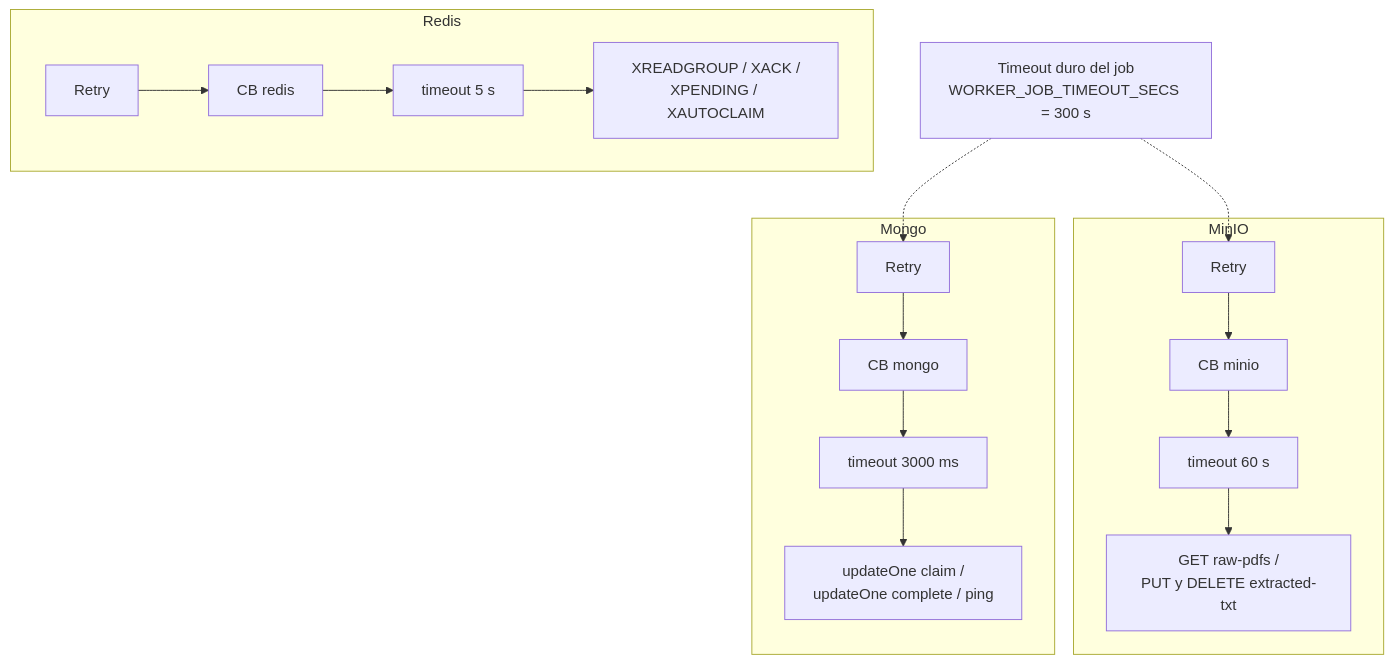
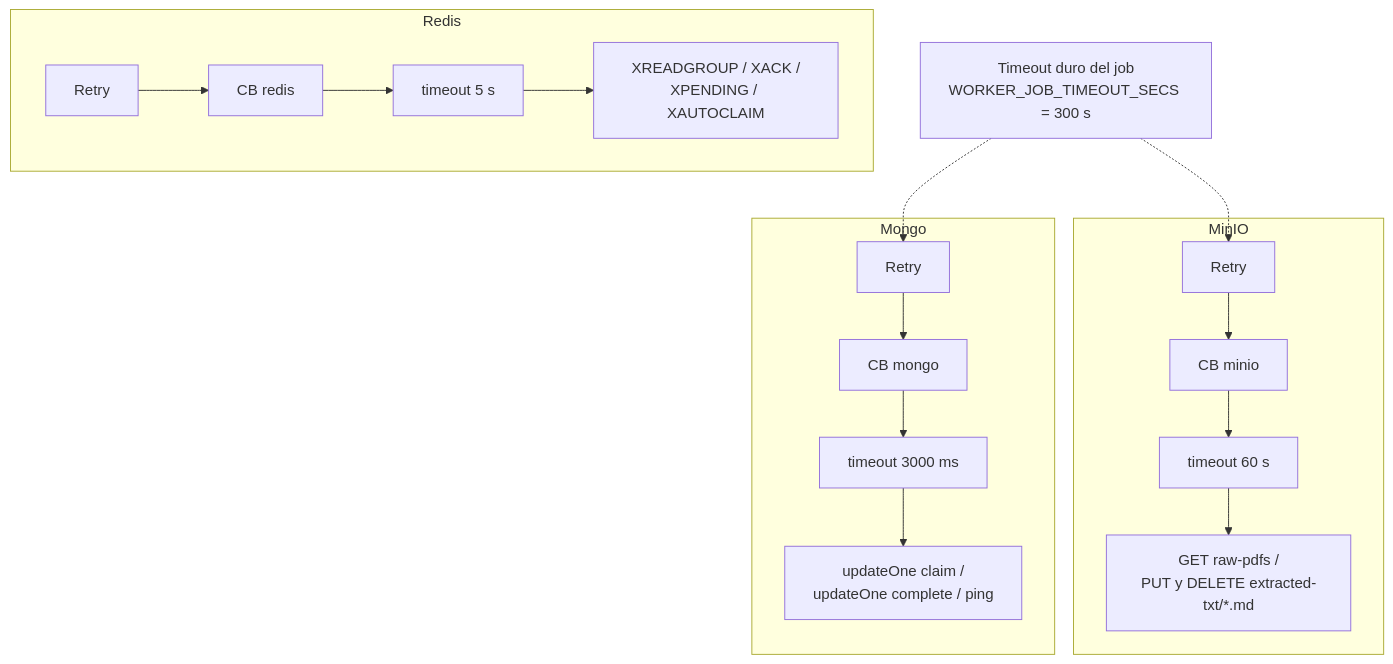
Before and after one commit to Alejo-Basile/extraction-worker: the second of 2 diagrams in docs/adr/ADR-0007-composicion-resiliencia.md, drawn with Mermaid. The commit also changed other lines of this file and 15 other files, not shown here.

````diff
--- a/docs/adr/ADR-0007-composicion-resiliencia.md
+++ b/docs/adr/ADR-0007-composicion-resiliencia.md
@@ -52,14 +52,14 @@
 ```mermaid
 flowchart TB
     subgraph Redis
         RR[Retry] --> RCB[CB redis] --> RTO["timeout 5 s"] --> ROP[XREADGROUP / XACK /<br/>XPENDING / XAUTOCLAIM]
     end
     subgraph MinIO
-        MR[Retry] --> MCB[CB minio] --> MTO["timeout 60 s"] --> MOP[GET raw-pdfs /<br/>PUT y DELETE extracted-txt]
+        MR[Retry] --> MCB[CB minio] --> MTO["timeout 60 s"] --> MOP[GET raw-pdfs /<br/>PUT y DELETE extracted-txt/*.md]
     end
     subgraph Mongo
         GR[Retry] --> GCB[CB mongo] --> GTO["timeout 3000 ms"] --> GOP[updateOne claim /<br/>updateOne complete / ping]
     end
     JT["Timeout duro del job<br/>WORKER_JOB_TIMEOUT_SECS = 300 s"] -.-> MR
     JT -.-> GR
 ```
````
